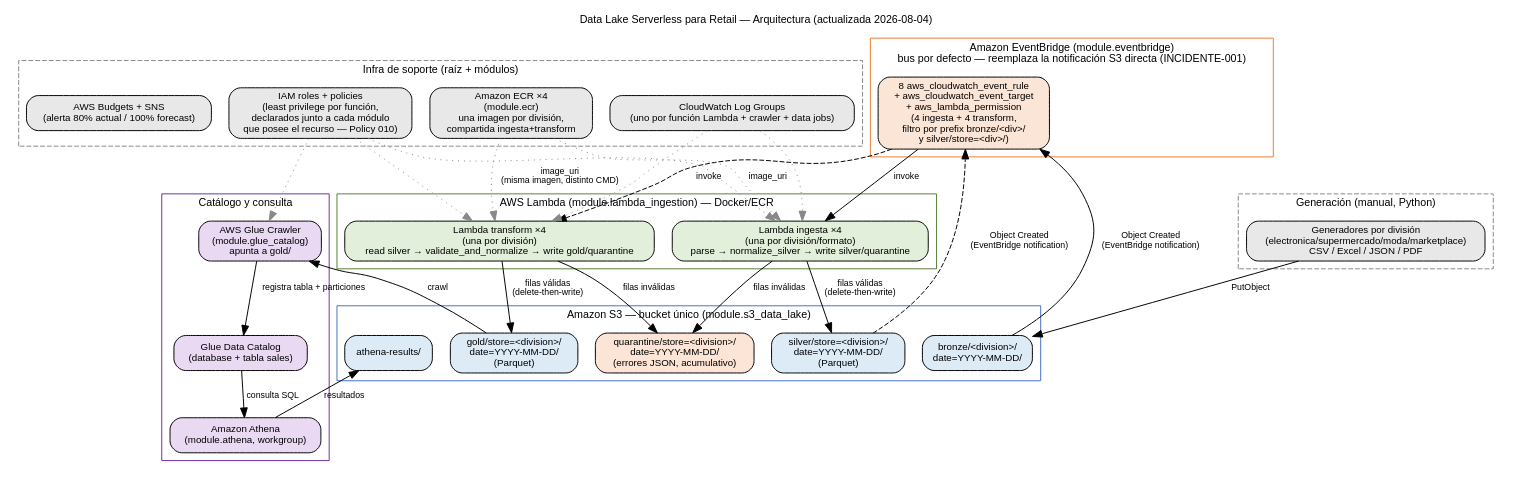
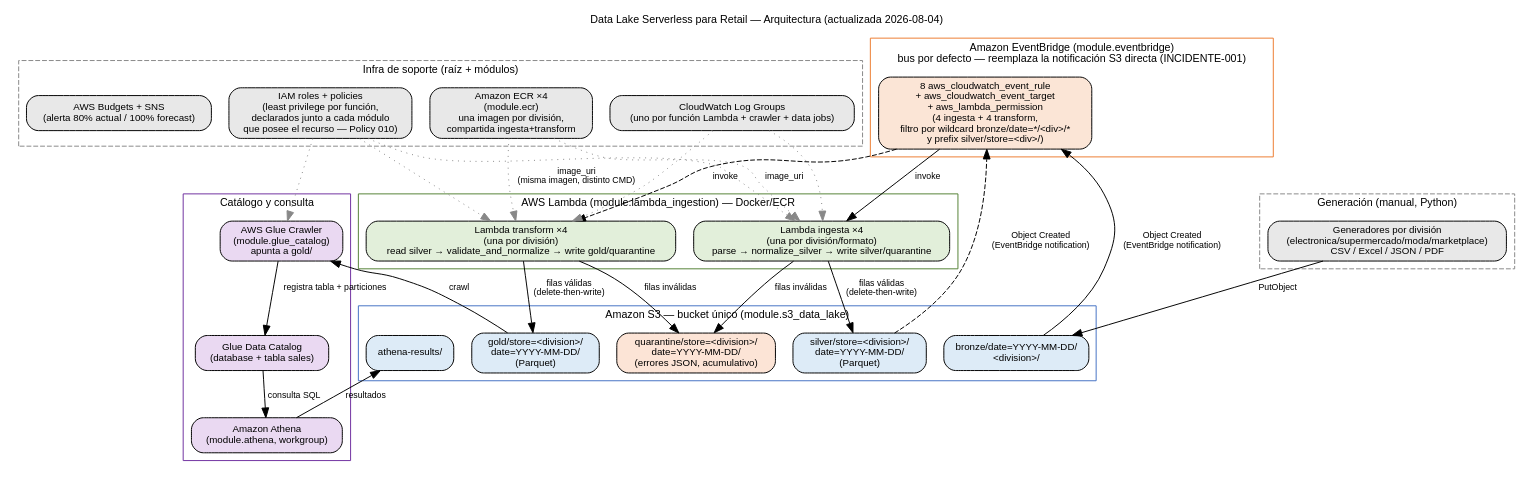
The diagram in docs/arquitectura/architecture.dot (Merlin2098/etl_ventas_aws), drawn with Graphviz before and after one commit. The commit also changed 30 other files, not shown here.

```diff
--- a/docs/arquitectura/architecture.dot
+++ b/docs/arquitectura/architecture.dot
@@ -1,86 +1,86 @@
 // docs/architecture.dot
 // Arquitectura del pipeline (flujo de datos + módulos Terraform que lo crean).
 // Generar SVG/PNG: dot -Tsvg docs/architecture.dot -o docs/architecture.svg
 // Mantener sincronizado con infra/ y src/ en cada cambio estructural — ver docs/architecture.md.
 
 digraph architecture {
   graph [rankdir=TB, fontname="Helvetica", fontsize=11, labelloc=t, label="Data Lake Serverless para Retail — Arquitectura (actualizada 2026-08-04)"];
   node  [fontname="Helvetica", fontsize=10, shape=box, style="rounded,filled", fillcolor="#F5F5F5"];
   edge  [fontname="Helvetica", fontsize=9];
 
   // ---------- Generadores ----------
   subgraph cluster_gen {
     label = "Generación (manual, Python)";
     style = dashed; color = "#888888";
     gen [label="Generadores por división\n(electronica/supermercado/moda/marketplace)\nCSV / Excel / JSON / PDF", fillcolor="#E8E8E8"];
   }
 
   // ---------- Data Lake ----------
   subgraph cluster_lake {
     label = "Amazon S3 — bucket único (module.s3_data_lake)";
     style = solid; color = "#4472C4";
-    bronze      [label="bronze/<division>/\ndate=YYYY-MM-DD/", fillcolor="#DDEBF7"];
+    bronze      [label="bronze/date=YYYY-MM-DD/\n<division>/", fillcolor="#DDEBF7"];
     silver      [label="silver/store=<division>/\ndate=YYYY-MM-DD/\n(Parquet)", fillcolor="#DDEBF7"];
     gold        [label="gold/store=<division>/\ndate=YYYY-MM-DD/\n(Parquet)", fillcolor="#DDEBF7"];
     quarantine  [label="quarantine/store=<division>/\ndate=YYYY-MM-DD/\n(errores JSON, acumulativo)", fillcolor="#FCE4D6"];
     athena_res  [label="athena-results/", fillcolor="#DDEBF7"];
   }
 
   // ---------- EventBridge ----------
   subgraph cluster_eventbridge {
     label = "Amazon EventBridge (module.eventbridge)\nbus por defecto — reemplaza la notificación S3 directa (INCIDENTE-001)";
     style = solid; color = "#ED7D31";
-    eb_rule_ingestion [label="8 aws_cloudwatch_event_rule\n+ aws_cloudwatch_event_target\n+ aws_lambda_permission\n(4 ingesta + 4 transform,\nfiltro por prefix bronze/<div>/\ny silver/store=<div>/)", fillcolor="#FBE5D6"];
+    eb_rule_ingestion [label="8 aws_cloudwatch_event_rule\n+ aws_cloudwatch_event_target\n+ aws_lambda_permission\n(4 ingesta + 4 transform,\nfiltro por wildcard bronze/date=*/<div>/*\ny prefix silver/store=<div>/)", fillcolor="#FBE5D6"];
   }
 
   // ---------- Lambdas ----------
   subgraph cluster_lambda {
     label = "AWS Lambda (module.lambda_ingestion) — Docker/ECR";
     style = solid; color = "#548235";
     ingestion  [label="Lambda ingesta ×4\n(una por división/formato)\nparse → normalize_silver → write silver/quarantine", fillcolor="#E2EFDA"];
     transform  [label="Lambda transform ×4\n(una por división)\nread silver → validate_and_normalize → write gold/quarantine", fillcolor="#E2EFDA"];
   }
 
   // ---------- Catálogo y consulta ----------
   subgraph cluster_catalog {
     label = "Catálogo y consulta";
     style = solid; color = "#7030A0";
     crawler [label="AWS Glue Crawler\n(module.glue_catalog)\napunta a gold/", fillcolor="#EAD9F2"];
     catalog [label="Glue Data Catalog\n(database + tabla sales)", fillcolor="#EAD9F2"];
     athena  [label="Amazon Athena\n(module.athena, workgroup)", fillcolor="#EAD9F2"];
   }
 
   // ---------- Infra de soporte ----------
   subgraph cluster_support {
     label = "Infra de soporte (raíz + módulos)";
     style = dashed; color = "#888888";
     ecr     [label="Amazon ECR ×4\n(module.ecr)\nuna imagen por división,\ncompartida ingesta+transform", fillcolor="#E8E8E8"];
     iam     [label="IAM roles + policies\n(least privilege por función,\ndeclarados junto a cada módulo\nque posee el recurso — Policy 010)", fillcolor="#E8E8E8"];
     logs    [label="CloudWatch Log Groups\n(uno por función Lambda + crawler + data jobs)", fillcolor="#E8E8E8"];
     budget  [label="AWS Budgets + SNS\n(alerta 80% actual / 100% forecast)", fillcolor="#E8E8E8"];
   }
 
   // ---------- Flujo de datos ----------
   gen -> bronze [label="PutObject"];
   bronze -> eb_rule_ingestion [label="Object Created\n(EventBridge notification)"];
   eb_rule_ingestion -> ingestion [label="invoke"];
   ingestion -> silver [label="filas válidas\n(delete-then-write)"];
   ingestion -> quarantine [label="filas inválidas"];
   silver -> eb_rule_ingestion [label="Object Created\n(EventBridge notification)", style=dashed];
   eb_rule_ingestion -> transform [label="invoke", style=dashed];
   transform -> gold [label="filas válidas\n(delete-then-write)"];
   transform -> quarantine [label="filas inválidas"];
   gold -> crawler [label="crawl"];
   crawler -> catalog [label="registra tabla + particiones"];
   catalog -> athena [label="consulta SQL"];
   athena -> athena_res [label="resultados"];
 
   // ---------- Relaciones IAM / soporte (no data flow) ----------
   ecr -> ingestion [label="image_uri", style=dotted, color="#888888"];
   ecr -> transform [label="image_uri\n(misma imagen, distinto CMD)", style=dotted, color="#888888"];
   iam -> ingestion [style=dotted, color="#888888"];
   iam -> transform [style=dotted, color="#888888"];
   iam -> crawler [style=dotted, color="#888888"];
   logs -> ingestion [style=dotted, color="#888888"];
   logs -> transform [style=dotted, color="#888888"];
 }
```
